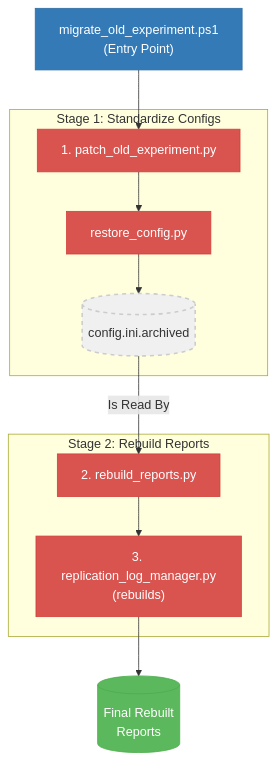
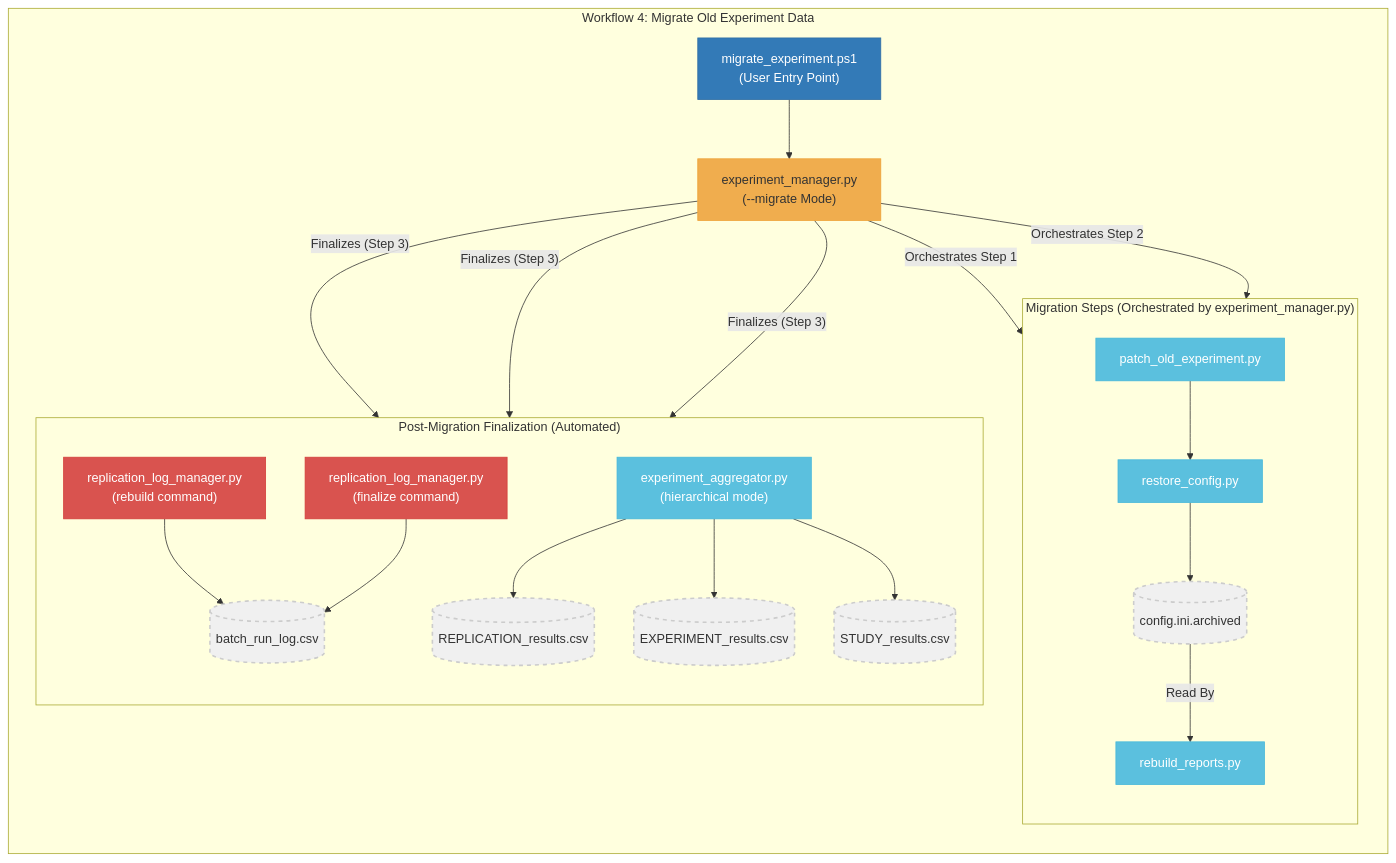
Before and after one commit to peterjmarko/llm-narrative-framework: the diagram in docs/diagrams/architecture_workflow_4_migrate_data.mmd, drawn with Mermaid. The commit also changed other lines of this file and 9 other files, not shown here.

Commit message:
Docs: Update workflow diagrams and descriptions for clarity and accuracy

```diff
--- a/docs/diagrams/architecture_workflow_4_migrate_data.mmd
+++ b/docs/diagrams/architecture_workflow_4_migrate_data.mmd
@@ -1,27 +1,67 @@
 graph TD
     %% 1. Define all nodes first
-    EntryPoint["migrate_old_experiment.ps1<br/>(Entry Point)"]:::entry
+    EntryPointPS["migrate_experiment.ps1<br/>(User Entry Point)"]:::entry_ps
+    EntryPointPy["experiment_manager.py<br/>(--migrate Mode)"]:::entry_py
     
-    subgraph "Stage 1: Standardize Configs"
-        S1_Patch["1. patch_old_experiment.py"]:::danger
-        S1_Restore["restore_config.py"]:::danger
-        S1_Art[("config.ini.archived")]:::artifact
+    PatchOld["patch_old_experiment.py"]:::script
+    RestoreConfig["restore_config.py"]:::script
+    ArchivedConfig[("config.ini.archived")]:::artifact
+    RebuildReports["rebuild_reports.py"]:::script
+    
+    LogManagerRebuild["replication_log_manager.py<br/>(rebuild command)"]:::danger
+    BatchRunLog[("batch_run_log.csv")]:::artifact
+    Aggregator["experiment_aggregator.py<br/>(hierarchical mode)"]:::script
+    ReplResults[("REPLICATION_results.csv")]:::artifact
+    ExpResults[("EXPERIMENT_results.csv")]:::artifact
+    LogManagerFinalize["replication_log_manager.py<br/>(finalize command)"]:::danger
+    
+    FinalArtifacts[("STUDY_results.csv")]:::artifact
+
+    %% 2. Define connections
+    EntryPointPS --> EntryPointPy
+    EntryPointPy -- "Orchestrates Step 1" --> PatchOld
+    PatchOld --> RestoreConfig
+    RestoreConfig --> ArchivedConfig
+    ArchivedConfig -- "Read By" --> RebuildReports
+    EntryPointPy -- "Orchestrates Step 2" --> RebuildReports
+    EntryPointPy -- "Finalizes (Step 3)" --> LogManagerRebuild
+    LogManagerRebuild --> BatchRunLog
+    EntryPointPy -- "Finalizes (Step 3)" --> Aggregator
+    Aggregator --> ReplResults
+    Aggregator --> ExpResults
+    Aggregator --> FinalArtifacts
+    EntryPointPy -- "Finalizes (Step 3)" --> LogManagerFinalize
+    LogManagerFinalize --> BatchRunLog
+    
+    %% No direct connection from LogManagerFinalize to FinalArtifacts anymore
+
+    %% 3. Group nodes into subgraphs
+    subgraph "Workflow 4: Migrate Old Experiment Data"
+        direction TB
+        EntryPointPS
+        EntryPointPy
+        subgraph "Migration Steps (Orchestrated by experiment_manager.py)"
+            direction TB
+            PatchOld
+            RestoreConfig
+            ArchivedConfig
+            RebuildReports
+        end
+        subgraph "Post-Migration Finalization (Automated)"
+            direction TB
+            LogManagerRebuild
+            BatchRunLog
+            Aggregator
+            ReplResults
+            ExpResults
+            FinalArtifacts
+            LogManagerFinalize
+        end
     end
 
-    subgraph "Stage 2: Rebuild Reports"
-        S2_Rebuild["2. rebuild_reports.py"]:::danger
-        S2_Log["3. replication_log_manager.py<br/>(rebuilds)"]:::danger
-    end
-
-    Final[("Final Rebuilt<br/>Reports")]:::final
-
-    %% 2. Define connections
-    EntryPoint --> S1_Patch --> S1_Restore --> S1_Art
-    S1_Art -- "Is Read By" --> S2_Rebuild
-    S2_Rebuild --> S2_Log --> Final
-
-    %% 3. Styling
-    classDef entry fill:#337ab7,stroke:#2e6da4,color:#fff;
+    %% 4. Styling (re-using existing styles, adding new ones if needed)
+    classDef entry_ps fill:#337ab7,stroke:#2e6da4,color:#fff;
+    classDef entry_py fill:#f0ad4e,stroke:#eea236,color:#333;
+    classDef script fill:#5bc0de,stroke:#46b8da,color:#fff;
+    classDef danger fill:#d9534f,stroke:#d43f3a,color:#fff;
     classDef artifact fill:#f0f0f0,stroke:#ccc,stroke-width:2px,stroke-dasharray: 5 5;
-    classDef danger fill:#d9534f,stroke:#d43f3a,color:#fff;
-    classDef final fill:#5cb85c,stroke:#4cae4c,color:#fff;
```
